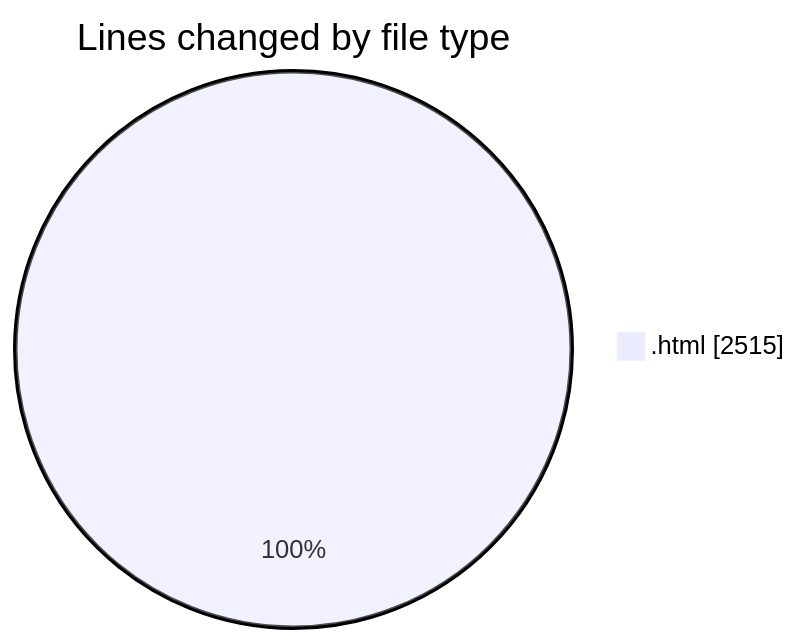
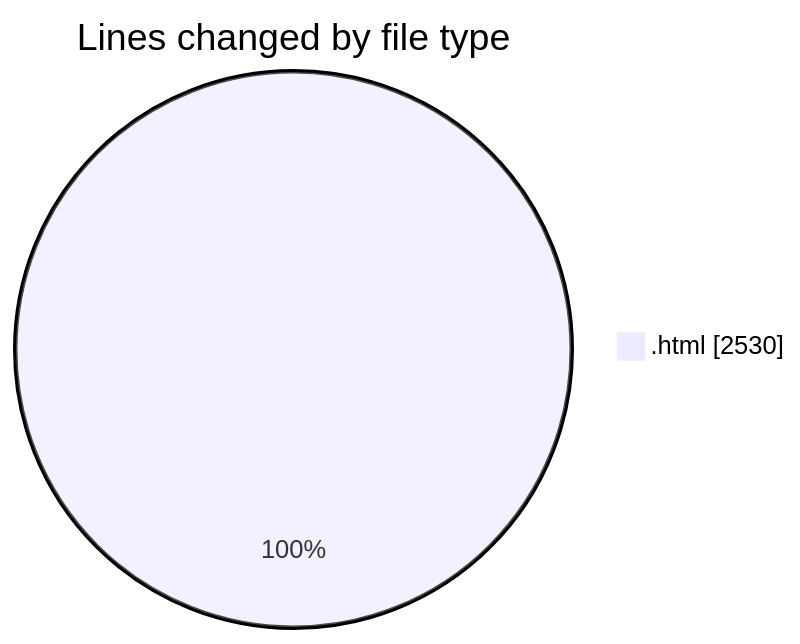
One commit to Ritupan-Deka/code-tracking changed the first of 2 diagrams in 2025-06-17/projects/README.md. Above: the diagram before and after it, drawn with Mermaid. The commit also changed other lines of this file and 1 other file, not shown here.

````diff
--- a/2025-06-17/projects/README.md
+++ b/2025-06-17/projects/README.md
@@ -21,5 +21,5 @@
 ```mermaid
 pie showData
 title Lines changed by file type
-".html" : 2515
+".html" : 2530
 ```
````
